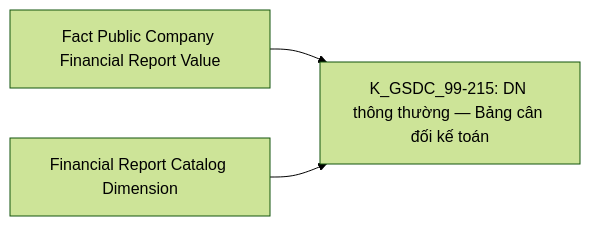
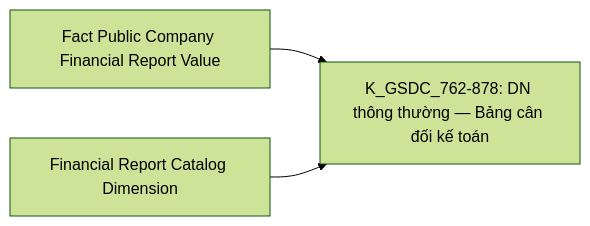
Diagram 35 of 55 in Datamart/hld/DTM_GSDC_HLD.md (linhlvit/ubck_atomic_design), drawn with Mermaid (forest theme) before and after one commit. The commit also changed other lines of this file and 2 other files, not shown here.

Commit message:
update GSDC

````diff
--- a/Datamart/hld/DTM_GSDC_HLD.md
+++ b/Datamart/hld/DTM_GSDC_HLD.md
@@ -1818,5 +1818,5 @@
 ```mermaid
 flowchart LR
-    fct_pc_fr_val_g19["Fact Public Company Financial Report Value"] --> R19["K_GSDC_99-215: DN thông thường — Bảng cân đối kế toán"]
+    fct_pc_fr_val_g19["Fact Public Company Financial Report Value"] --> R19["K_GSDC_762-878: DN thông thường — Bảng cân đối kế toán"]
     financial_rpt_catalog_dim_g19["Financial Report Catalog Dimension"] --> R19
 ```
````
